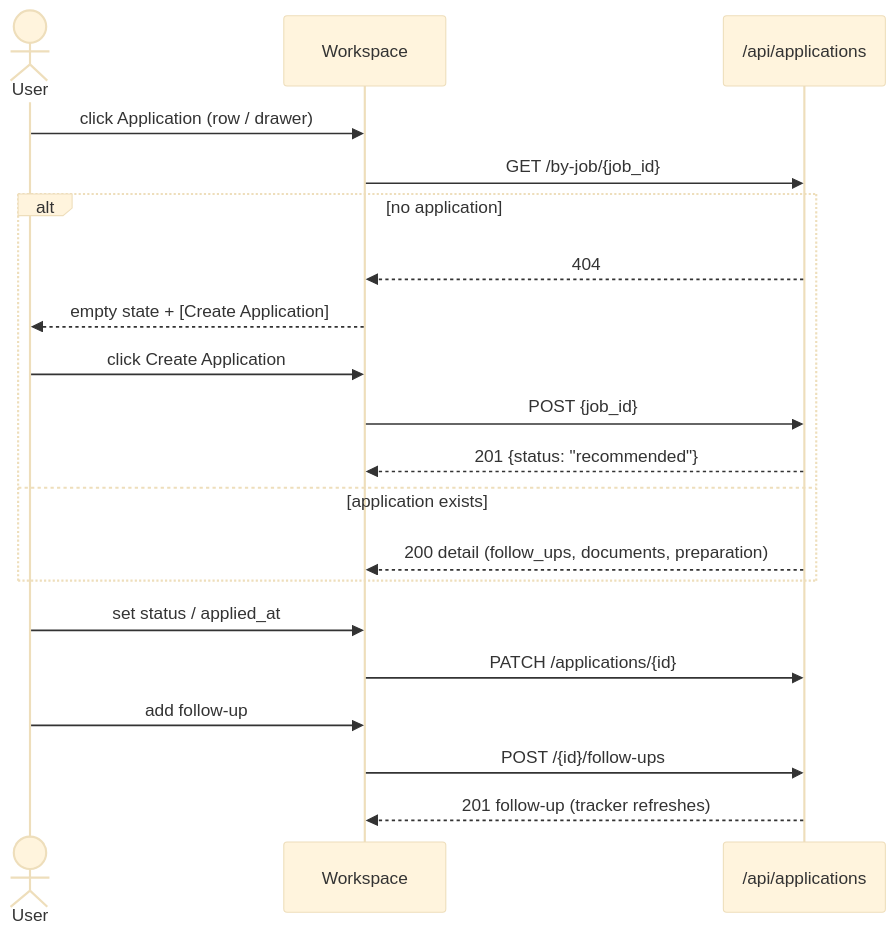
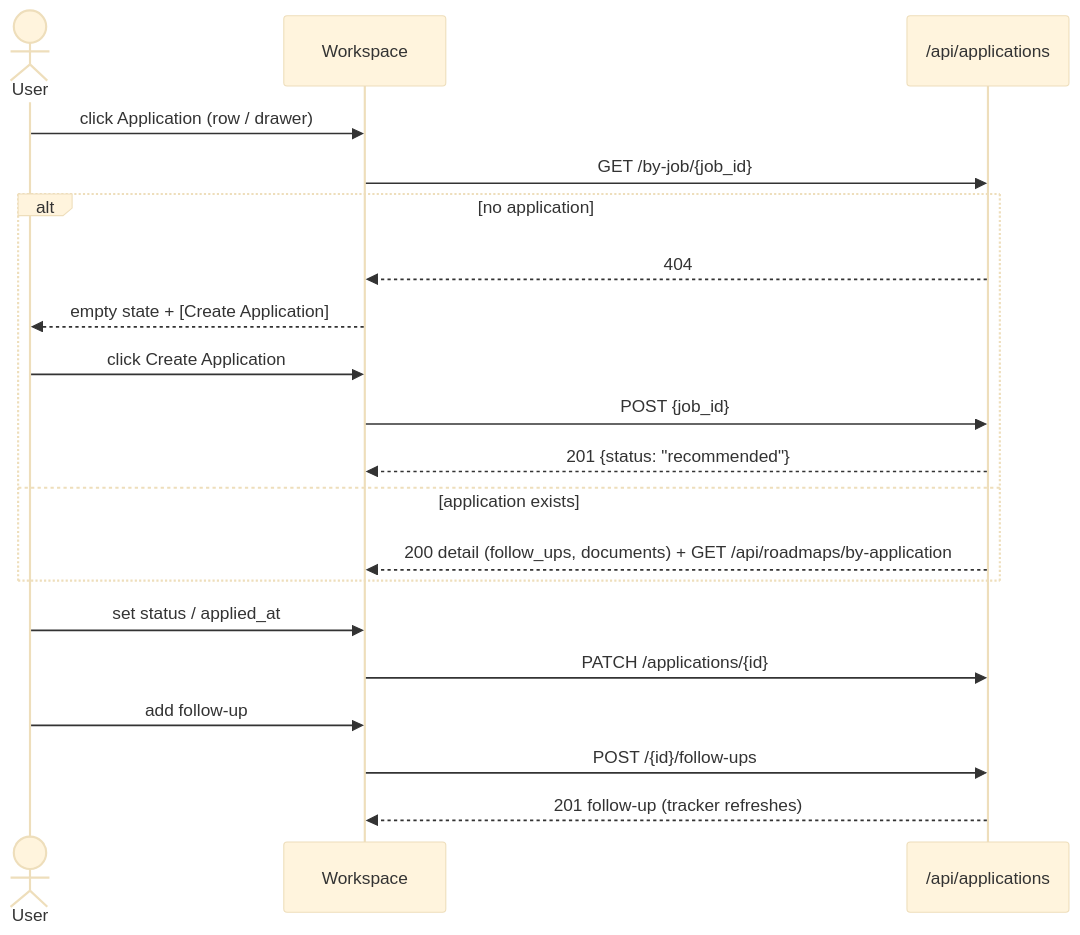
The second of 2 diagrams in docs/ux/flows/applications/prepare-and-apply.md (hassan-mohagheghian/career-os), drawn with Mermaid (base theme) before and after one commit. The commit also changed other lines of this file and 172 other files, not shown here.

First line of the commit message:
feat(roadmaps): roadmap generation, application intelligence, and legacy execution cleanup

````diff
--- a/docs/ux/flows/applications/prepare-and-apply.md
+++ b/docs/ux/flows/applications/prepare-and-apply.md
@@ -71,22 +71,22 @@
 ```mermaid
 sequenceDiagram
     actor U as User
     participant W as Workspace
     participant API as /api/applications
     U->>W: click Application (row / drawer)
     W->>API: GET /by-job/{job_id}
     alt no application
         API-->>W: 404
         W-->>U: empty state + [Create Application]
         U->>W: click Create Application
         W->>API: POST {job_id}
         API-->>W: 201 {status: "recommended"}
     else application exists
-        API-->>W: 200 detail (follow_ups, documents, preparation)
+        API-->>W: 200 detail (follow_ups, documents) + GET /api/roadmaps/by-application
     end
     U->>W: set status / applied_at
     W->>API: PATCH /applications/{id}
     U->>W: add follow-up
     W->>API: POST /{id}/follow-ups
     API-->>W: 201 follow-up (tracker refreshes)
 ```
````
